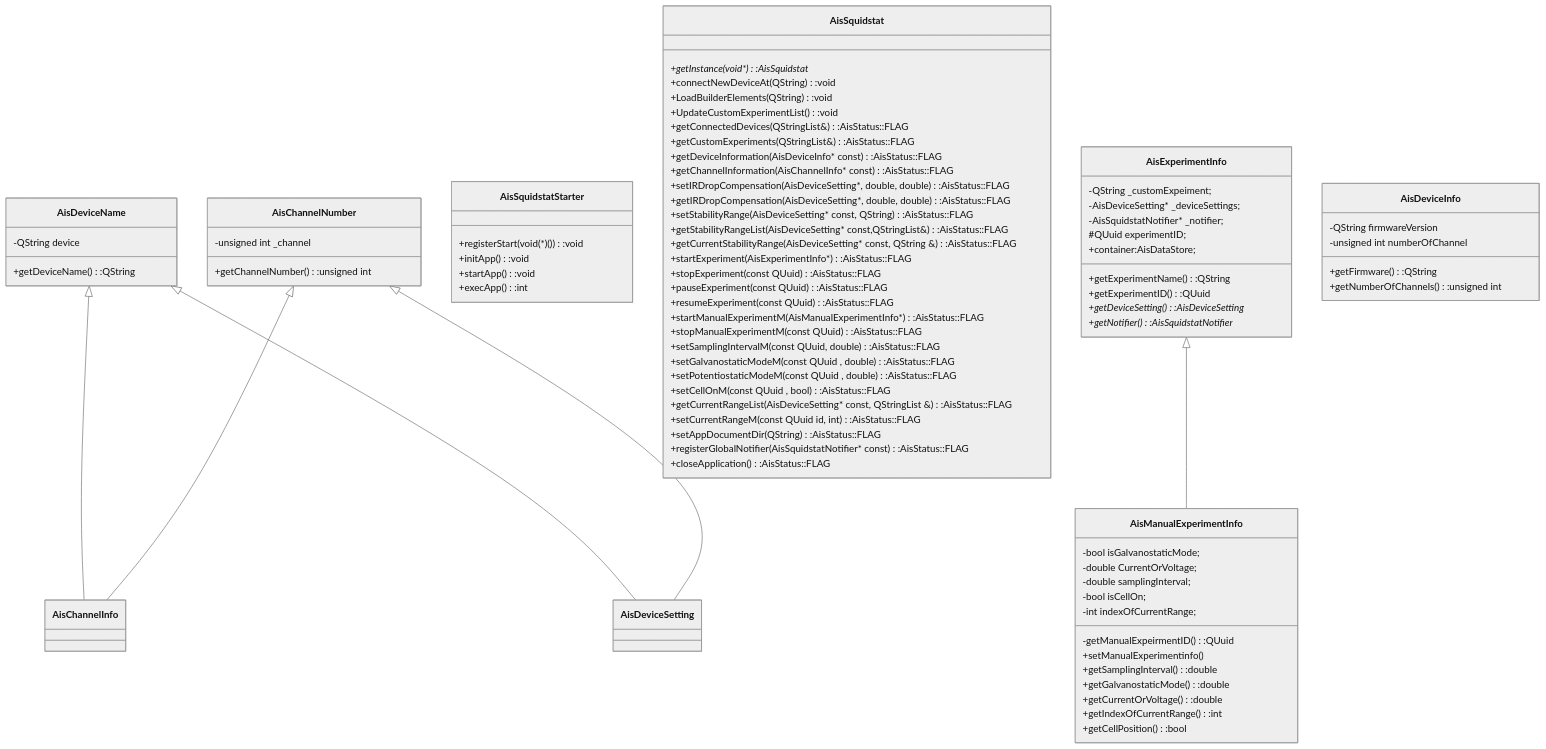
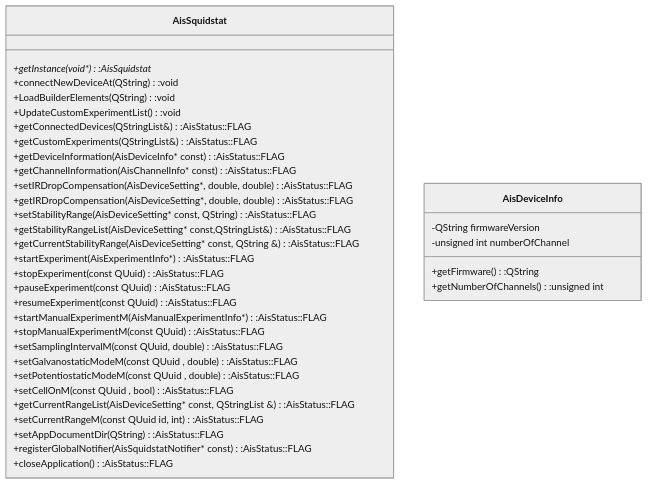
One commit to Admiral-Instruments/SquidStatAPI changed the second of 3 diagrams in instructions.md. Above: the diagram before and after it, drawn with Mermaid (neutral theme). The commit also changed other lines of this file and 2 other files, not shown here.

Commit message:
Updating index

````diff
--- a/instructions.md
+++ b/instructions.md
@@ -89,23 +110,5 @@
 ```mermaid
 classDiagram
-      AisDeviceName <|-- AisChannelInfo
-      AisChannelNumber <|-- AisChannelInfo
-      AisDeviceName <|-- AisDeviceSetting
-      AisChannelNumber <|-- AisDeviceSetting
-      class AisDeviceName{
-          +getDeviceName():QString
-          -QString device
-      }
-      class AisChannelNumber{
-          -unsigned int _channel
-          +getChannelNumber():unsigned int
-      }
-      class AisSquidstatStarter{
-        +registerStart(void(*)()):void
-        +initApp():void 
-        +startApp():void
-        +execApp():int
-      }
       class AisSquidstat{
         +getInstance(void*):AisSquidstat*
         +connectNewDeviceAt(QString):void
@@ -136,36 +139,10 @@
         +registerGlobalNotifier(AisSquidstatNotifier* const):AisStatus::FLAG
         +closeApplication():AisStatus::FLAG
 	   }
-      class AisExperimentInfo{
-          -QString _customExpeiment;
-	        -AisDeviceSetting* _deviceSettings;
-	        -AisSquidstatNotifier* _notifier;
-          #QUuid experimentID;
-          +container:AisDataStore;
-          +getExperimentName():QString
-          +getExperimentID():QUuid
-          +getDeviceSetting():AisDeviceSetting*
-          +getNotifier():AisSquidstatNotifier*
-      }
-      AisExperimentInfo <|-- AisManualExperimentInfo
-      class AisManualExperimentInfo{
-         -getManualExpeirmentID():QUuid
-         -bool isGalvanostaticMode;
-         -double CurrentOrVoltage;
-         -double samplingInterval;
-         -bool isCellOn;
-         -int indexOfCurrentRange;
-         +setManualExperimentinfo()
-         +getSamplingInterval():double
-         +getGalvanostaticMode():double
-         +getCurrentOrVoltage():double
-         +getIndexOfCurrentRange():int
-         +getCellPosition():bool
-      }
       class AisDeviceInfo{
           -QString firmwareVersion
 	        -unsigned int numberOfChannel
           +getFirmware():QString
           +getNumberOfChannels():unsigned int
-      }      
+      }
 ```
````
